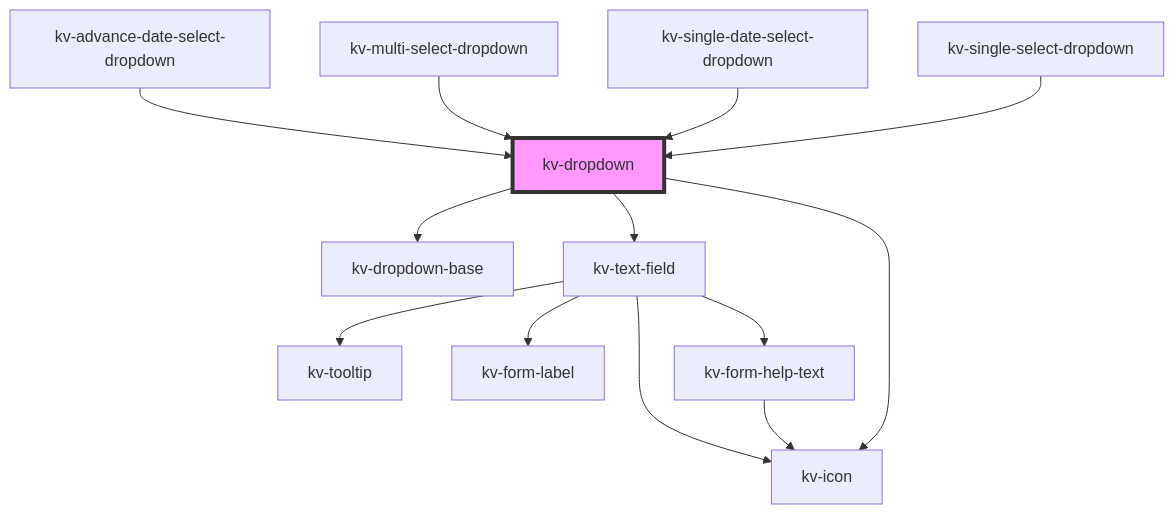
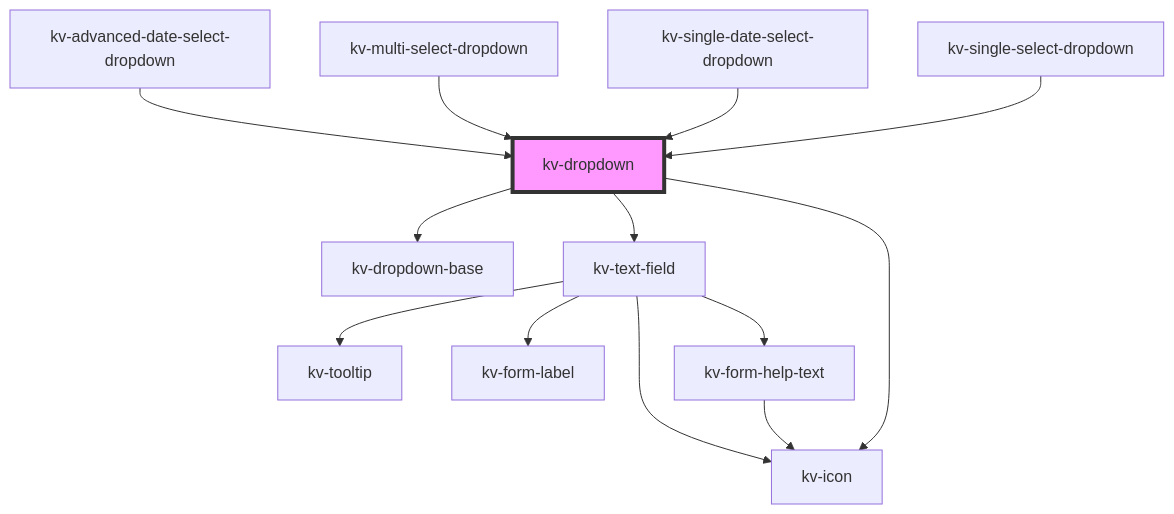
One commit to kelvininc/ui-components changed the diagram in packages/ui-components/src/components/dropdown/readme.md. Above: the diagram before and after it, drawn with Mermaid. The commit also changed other lines of this file and 74 other files, not shown here.

````diff
--- a/packages/ui-components/src/components/dropdown/readme.md
+++ b/packages/ui-components/src/components/dropdown/readme.md
@@ -147,16 +145,16 @@
 ```mermaid
 graph TD;
   kv-dropdown --> kv-dropdown-base
   kv-dropdown --> kv-text-field
   kv-dropdown --> kv-icon
   kv-text-field --> kv-tooltip
   kv-text-field --> kv-form-label
   kv-text-field --> kv-icon
   kv-text-field --> kv-form-help-text
   kv-form-help-text --> kv-icon
-  kv-advance-date-select-dropdown --> kv-dropdown
+  kv-advanced-date-select-dropdown --> kv-dropdown
   kv-multi-select-dropdown --> kv-dropdown
   kv-single-date-select-dropdown --> kv-dropdown
   kv-single-select-dropdown --> kv-dropdown
   style kv-dropdown fill:#f9f,stroke:#333,stroke-width:4px
 ```
````
